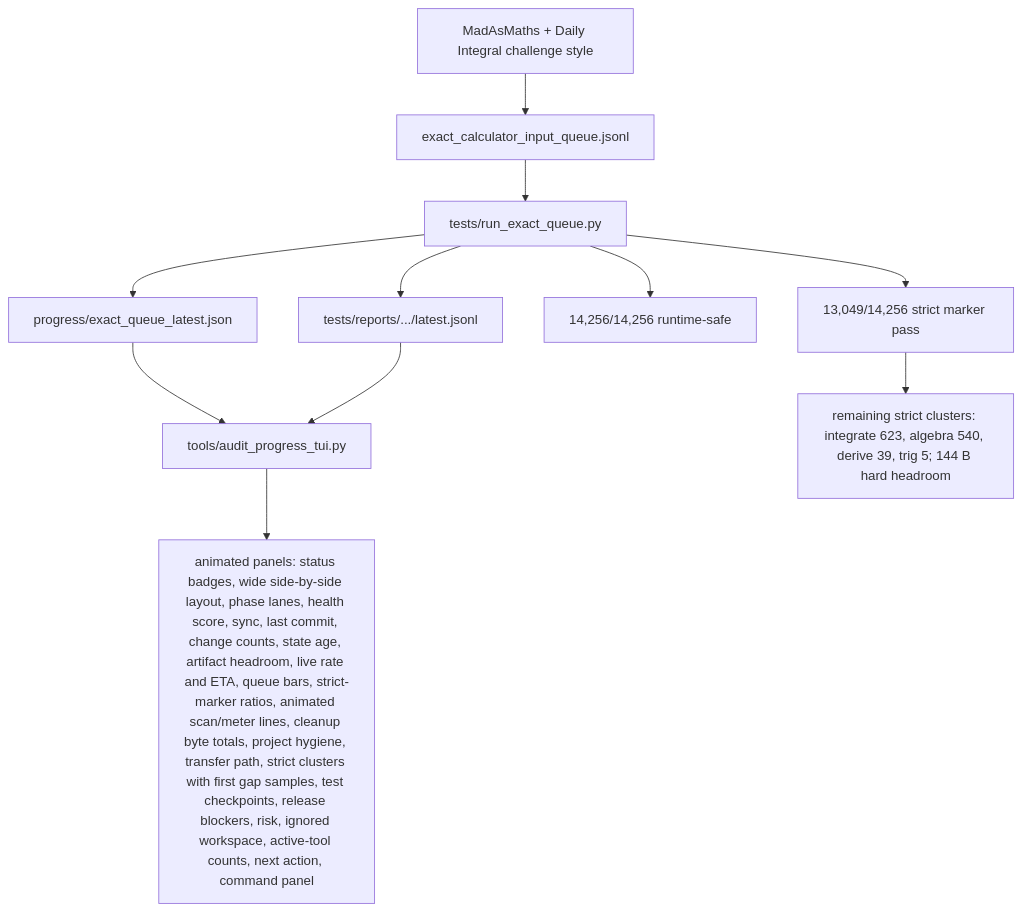
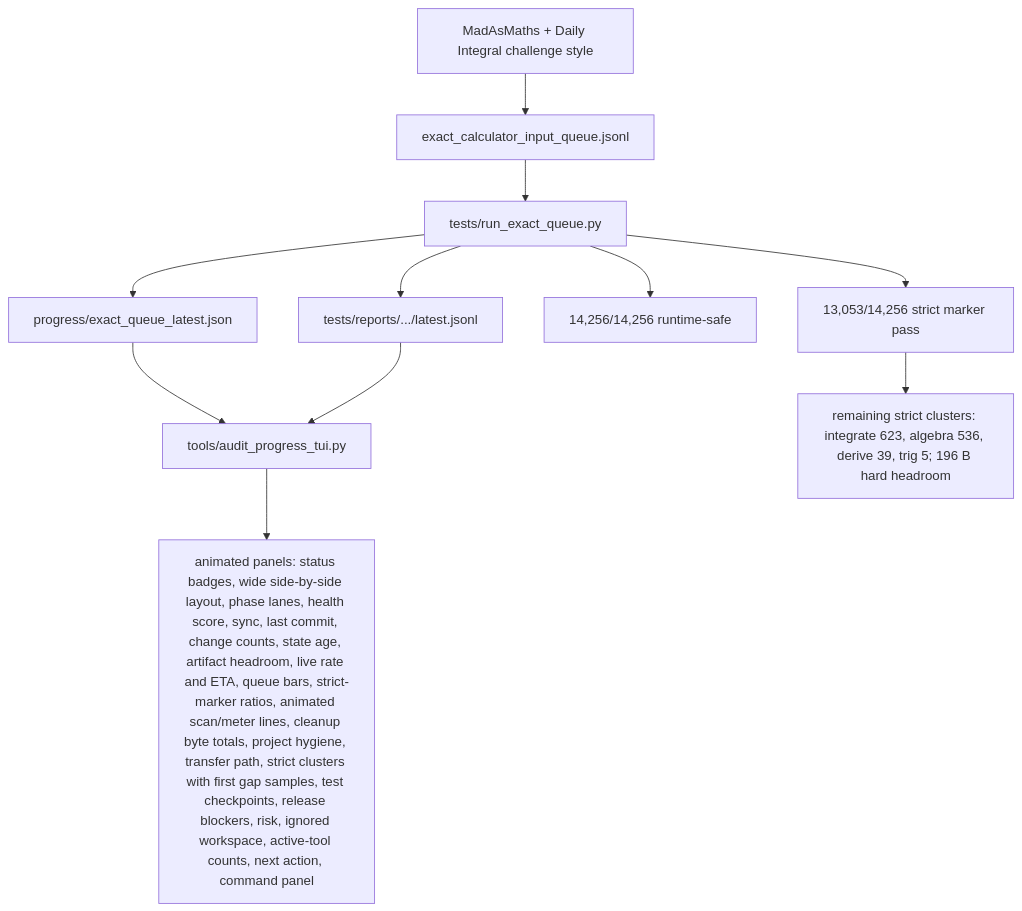
Before and after one commit to james8464/notes-addin-casio-fx-cg50: the fifth of 6 diagrams in docs/GRAPH.md, drawn with Mermaid. The commit also changed other lines of this file and 5 other files, not shown here.

````diff
--- a/docs/GRAPH.md
+++ b/docs/GRAPH.md
@@ -62,13 +62,13 @@
 ```mermaid
 graph TD
   Online["MadAsMaths + Daily Integral challenge style"] --> Queue["exact_calculator_input_queue.jsonl"]
   Queue --> Runner["tests/run_exact_queue.py"]
   Runner --> Live["progress/exact_queue_latest.json"]
   Runner --> Report["tests/reports/.../latest.jsonl"]
   Live --> TUI["tools/audit_progress_tui.py"]
   Report --> TUI
   TUI --> Panels["animated panels: status badges, wide side-by-side layout, phase lanes, health score, sync, last commit, change counts, state age, artifact headroom, live rate and ETA, queue bars, strict-marker ratios, animated scan/meter lines, cleanup byte totals, project hygiene, transfer path, strict clusters with first gap samples, test checkpoints, release blockers, risk, ignored workspace, active-tool counts, next action, command panel"]
   Runner --> Runtime["14,256/14,256 runtime-safe"]
-  Runner --> Strict["13,049/14,256 strict marker pass"]
-  Strict --> Remaining["remaining strict clusters: integrate 623, algebra 540, derive 39, trig 5; 144 B hard headroom"]
+  Runner --> Strict["13,053/14,256 strict marker pass"]
+  Strict --> Remaining["remaining strict clusters: integrate 623, algebra 536, derive 39, trig 5; 196 B hard headroom"]
 ```
````
